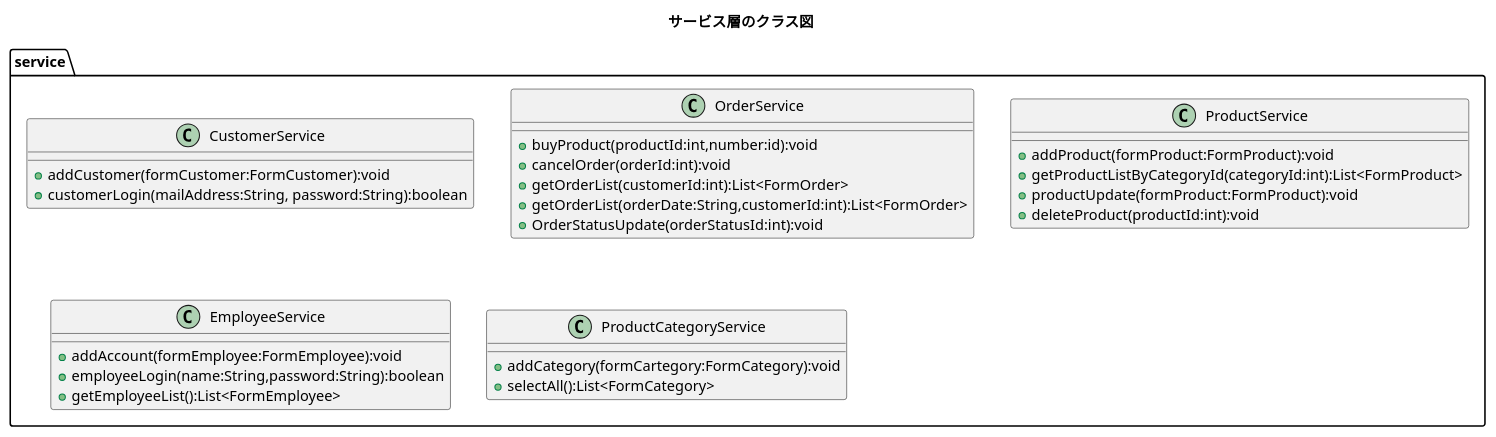
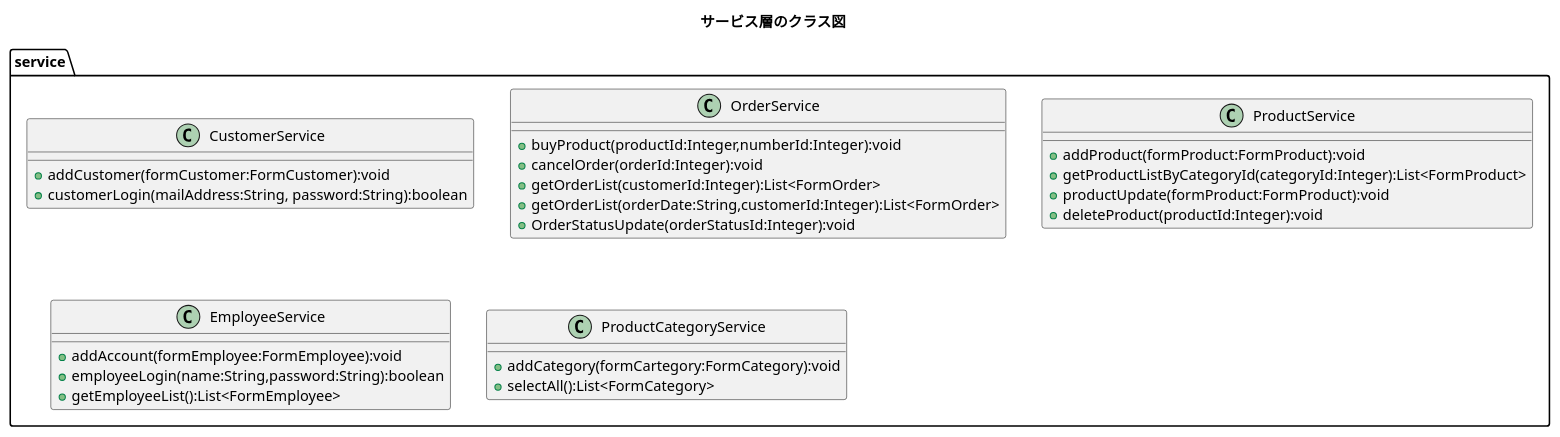
One commit to kanavii3333/ec-b changed the diagram in plan/uml/class/service.plantuml. Above: the diagram before and after it, drawn with PlantUML.

Commit message:
intをIntegerに変更

```diff
--- a/plan/uml/class/service.plantuml
+++ b/plan/uml/class/service.plantuml
@@ -1,36 +1,36 @@
 @startuml
 title サービス層のクラス図
 package service{
 	class CustomerService{
 		+ addCustomer(formCustomer:FormCustomer):void
 		+ customerLogin(mailAddress:String, password:String):boolean
 	}
 	
 	class OrderService{
-		+ buyProduct(productId:int,number:id):void
-		+ cancelOrder(orderId:int):void
-		+ getOrderList(customerId:int):List<FormOrder>
-		+ getOrderList(orderDate:String,customerId:int):List<FormOrder>
-		+ OrderStatusUpdate(orderStatusId:int):void
+		+ buyProduct(productId:Integer,numberId:Integer):void
+		+ cancelOrder(orderId:Integer):void
+		+ getOrderList(customerId:Integer):List<FormOrder>
+		+ getOrderList(orderDate:String,customerId:Integer):List<FormOrder>
+		+ OrderStatusUpdate(orderStatusId:Integer):void
 	}
 	
 	class ProductService{
 		+ addProduct(formProduct:FormProduct):void
-		+ getProductListByCategoryId(categoryId:int):List<FormProduct>
+		+ getProductListByCategoryId(categoryId:Integer):List<FormProduct>
 		+ productUpdate(formProduct:FormProduct):void
-		+ deleteProduct(productId:int):void
+		+ deleteProduct(productId:Integer):void
 	}
 
 
 	class EmployeeService{
 		+ addAccount(formEmployee:FormEmployee):void
 		+ employeeLogin(name:String,password:String):boolean
 		+ getEmployeeList():List<FormEmployee>
 	}
 	
 	class ProductCategoryService{
 		+ addCategory(formCartegory:FormCategory):void
 		+ selectAll():List<FormCategory>
 	}	
 }
 @enduml
```
